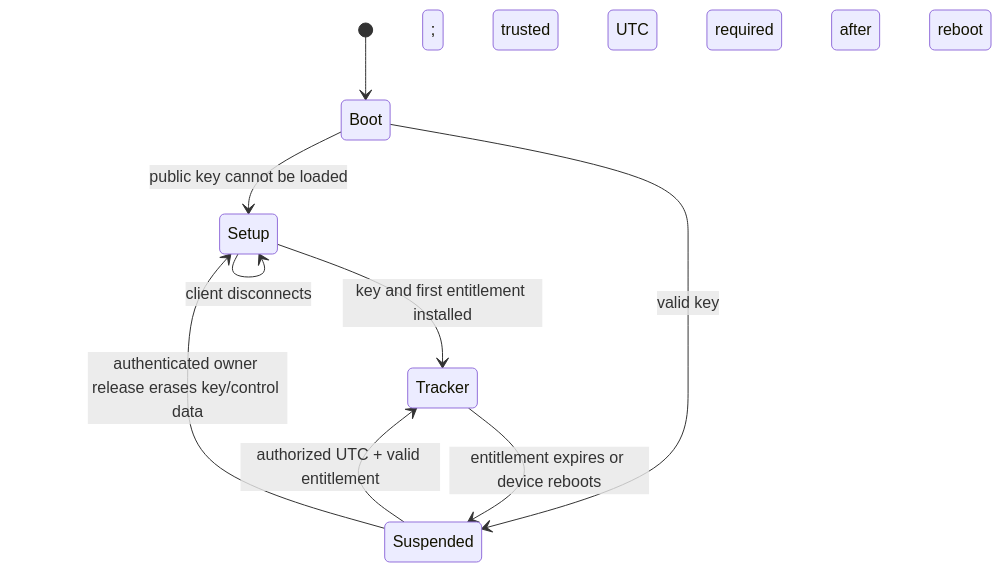
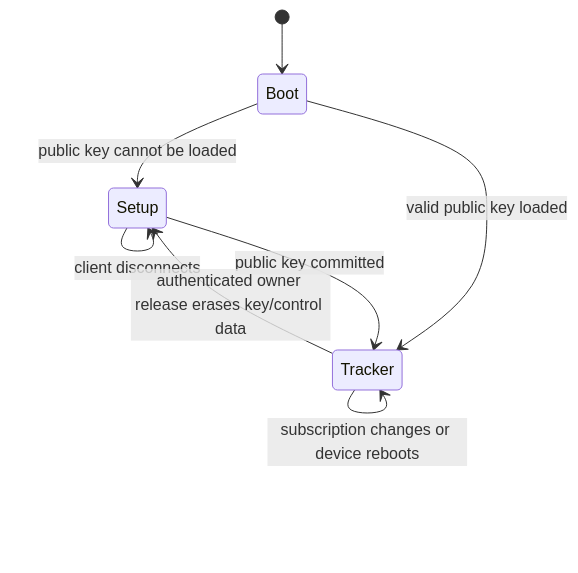
The second of 3 diagrams in README.md (Th0masclassic/PROJECT_PINKEVA_TAG_w_SUBS), drawn with Mermaid before and after one commit. The commit also changed other lines of this file and 35 other files, not shown here.

````diff
--- a/README.md
+++ b/README.md
@@ -61,11 +61,10 @@
 ```mermaid
 stateDiagram-v2
     [*] --> Boot
     Boot --> Setup: public key cannot be loaded
-    Boot --> Suspended: valid key; trusted UTC required after reboot
+    Boot --> Tracker: valid public key loaded
     Setup --> Setup: client disconnects
-    Setup --> Tracker: key and first entitlement installed
-    Tracker --> Suspended: entitlement expires or device reboots
-    Suspended --> Tracker: authorized UTC + valid entitlement
-    Suspended --> Setup: authenticated owner release erases key/control data
+    Setup --> Tracker: public key committed
+    Tracker --> Tracker: subscription changes or device reboots
+    Tracker --> Setup: authenticated owner release erases key/control data
 ```
````
